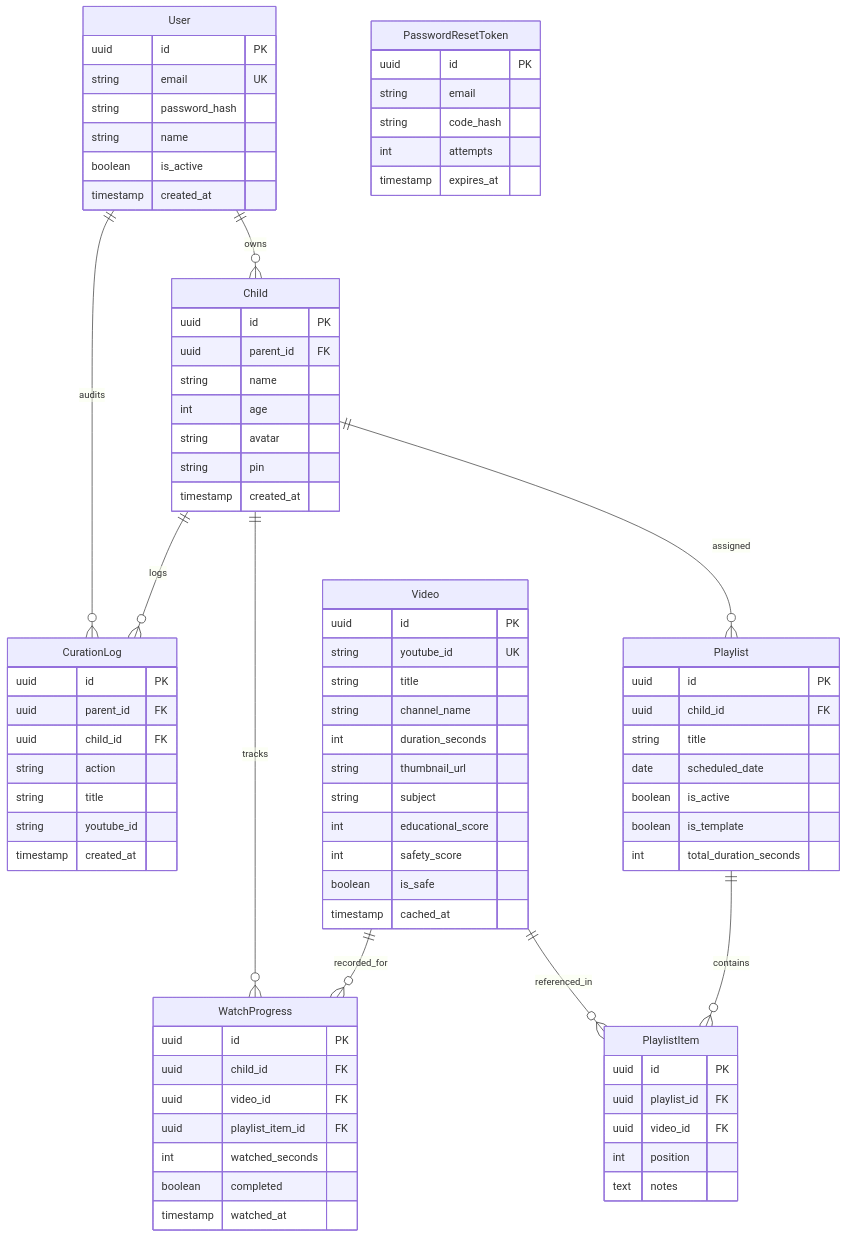
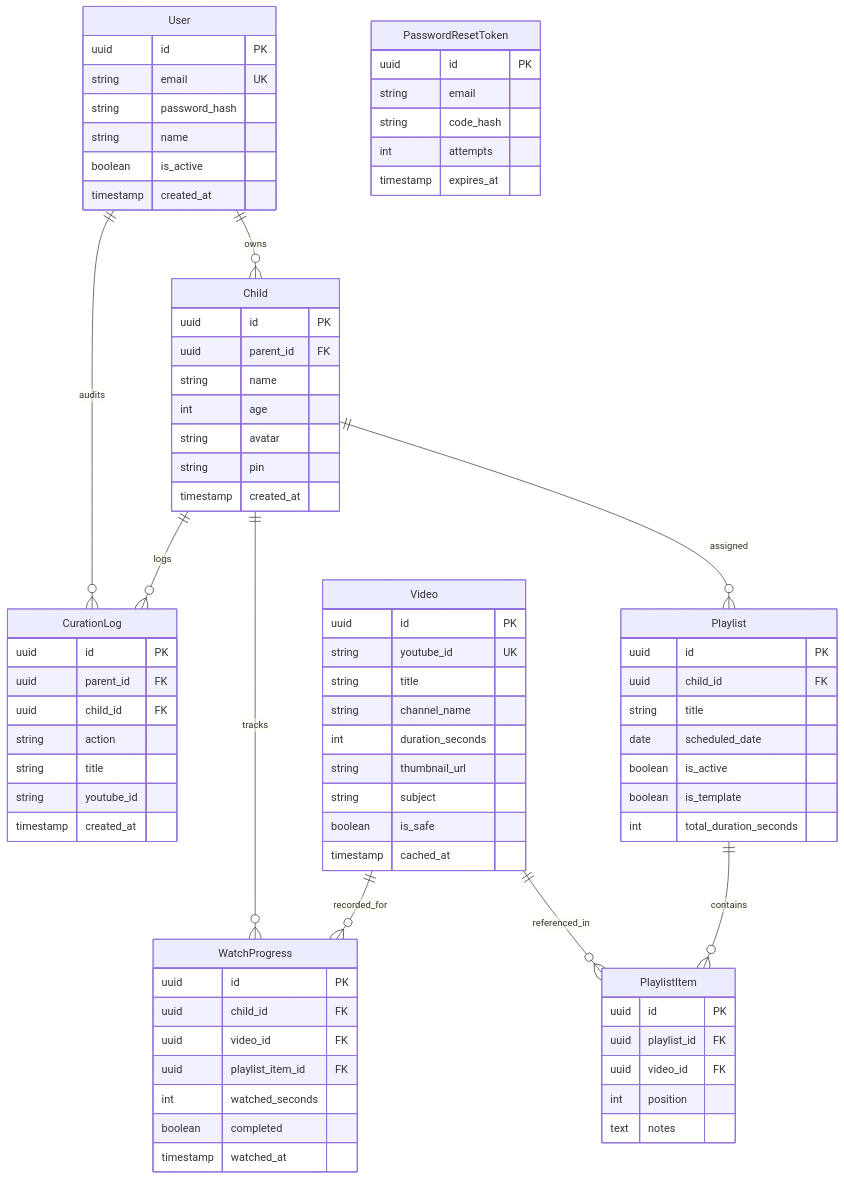
Before and after one commit to Sriramchara/kidcurate: the first of 2 diagrams in PROJECT_COMPLETE_AUDIT_AND_EXECUTION_REPORT.md, drawn with Mermaid. The commit also changed other lines of this file and 48 other files, not shown here.

```diff
--- a/PROJECT_COMPLETE_AUDIT_AND_EXECUTION_REPORT.md
+++ b/PROJECT_COMPLETE_AUDIT_AND_EXECUTION_REPORT.md
@@ -201,8 +198,6 @@
         int duration_seconds
         string thumbnail_url
         string subject
-        int educational_score
-        int safety_score
         boolean is_safe
         timestamp cached_at
     }
```
